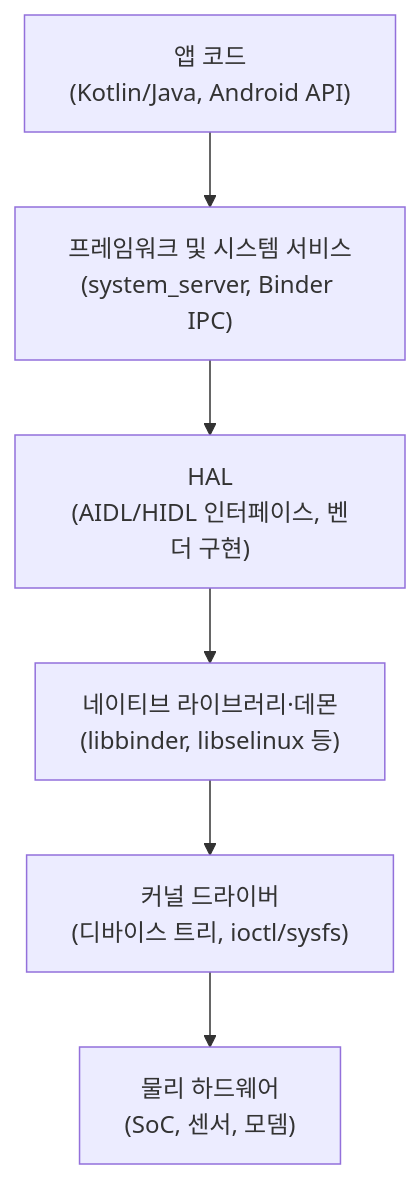
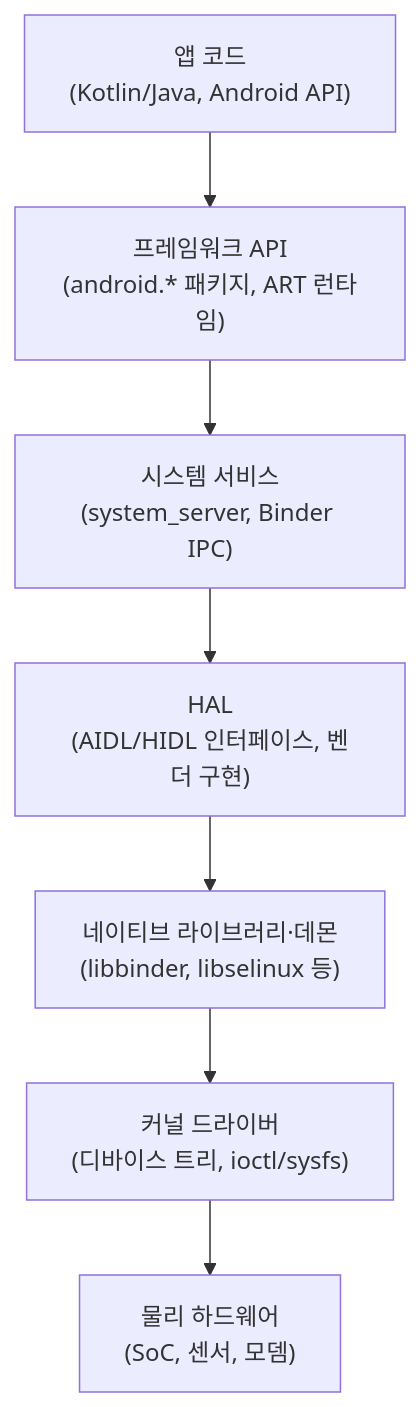
Before and after one commit to 42jerrykim/42jerrykim.github.io: the diagram in content/collection/android-hardware-development/00-getting-started-android-hardware-development/index.md, drawn with Mermaid. The commit also changed other lines of this file and 1 other file, not shown here.

Commit message:
feat: android-hardware-development/00-getting-started post-quality-loop 채점 완료 (97.3점, 통과)

````diff
--- a/content/collection/android-hardware-development/00-getting-started-android-hardware-development/index.md
+++ b/content/collection/android-hardware-development/00-getting-started-android-hardware-development/index.md
@@ -79,11 +78,12 @@
 ```mermaid
 flowchart TB
     app["앱 코드<br/>(Kotlin/Java, Android API)"]
-    framework["프레임워크 및 시스템 서비스<br/>(system_server, Binder IPC)"]
+    framework["프레임워크 API<br/>(android.* 패키지, ART 런타임)"]
+    sysserv["시스템 서비스<br/>(system_server, Binder IPC)"]
     hal["HAL<br/>(AIDL/HIDL 인터페이스, 벤더 구현)"]
     native["네이티브 라이브러리·데몬<br/>(libbinder, libselinux 등)"]
     kernel["커널 드라이버<br/>(디바이스 트리, ioctl/sysfs)"]
     hw["물리 하드웨어<br/>(SoC, 센서, 모뎀)"]
 
-    app --> framework --> hal --> native --> kernel --> hw
+    app --> framework --> sysserv --> hal --> native --> kernel --> hw
 ```
````
